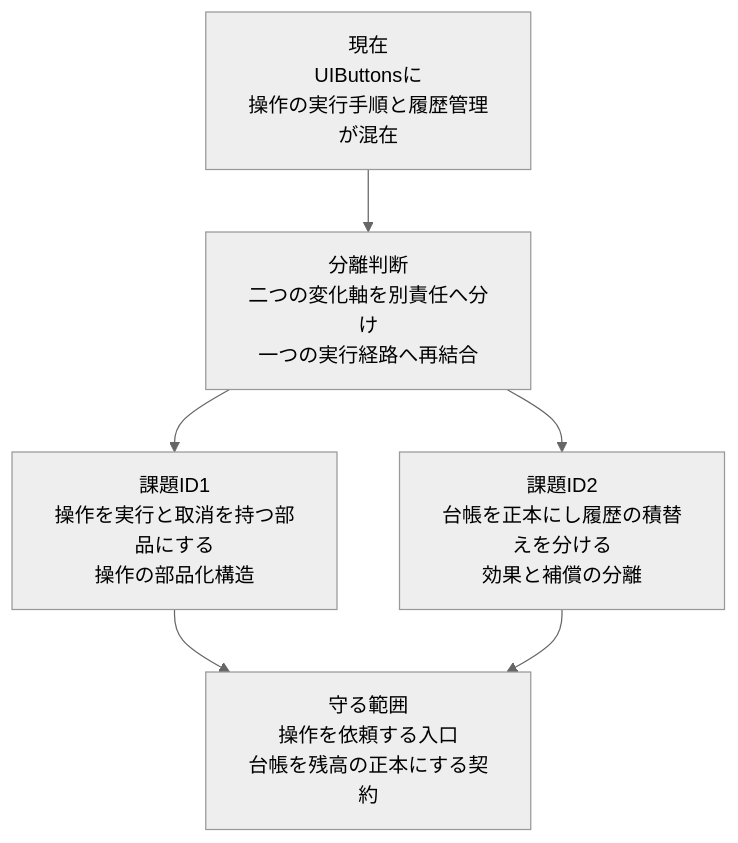
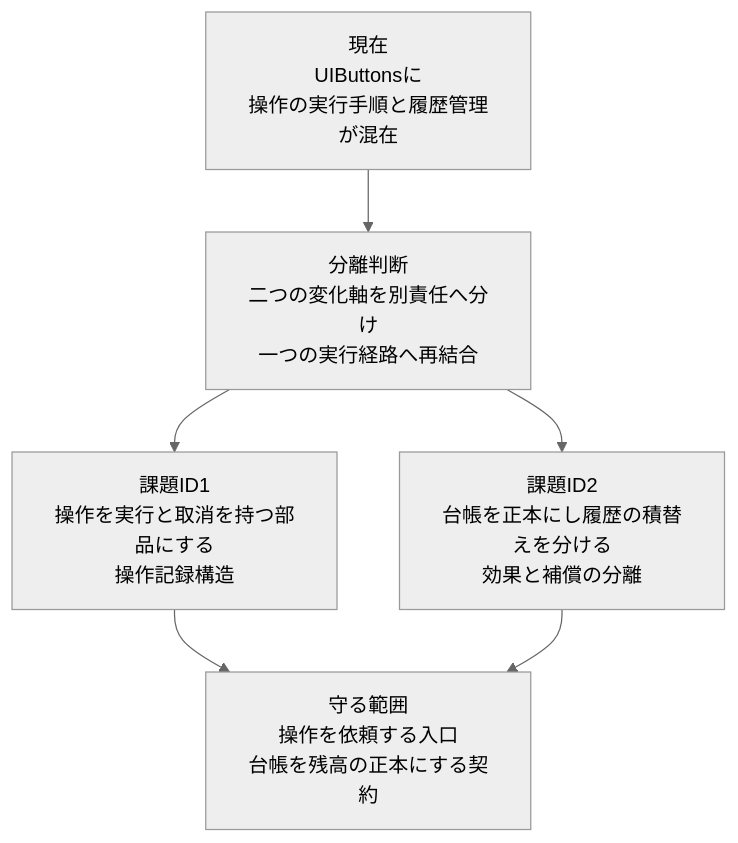
The tenth of 19 diagrams in kindle/design-patterns/output/chapter05.md (kumachan1101-pixel/DesignPattern), drawn with Mermaid (neutral theme) before and after one commit. The commit also changed other lines of this file and 28 other files, not shown here.

Commit message:
docs: simplify phase 6 design flow

````diff
--- a/kindle/design-patterns/output/chapter05.md
+++ b/kindle/design-patterns/output/chapter05.md
@@ -1393,8 +1395,8 @@
 ```mermaid
 flowchart TB
     A[現在<br/>UIButtonsに<br/>操作の実行手順と履歴管理が混在] --> B[分離判断<br/>二つの変化軸を別責任へ分け<br/>一つの実行経路へ再結合]
-    B --> C[課題ID1<br/>操作を実行と取消を持つ部品にする<br/>操作の部品化構造]
+    B --> C[課題ID1<br/>操作を実行と取消を持つ部品にする<br/>操作記録構造]
     B --> D[課題ID2<br/>台帳を正本にし履歴の積替えを分ける<br/>効果と補償の分離]
     C --> E[守る範囲<br/>操作を依頼する入口<br/>台帳を残高の正本にする契約]
     D --> E
 ```
````
